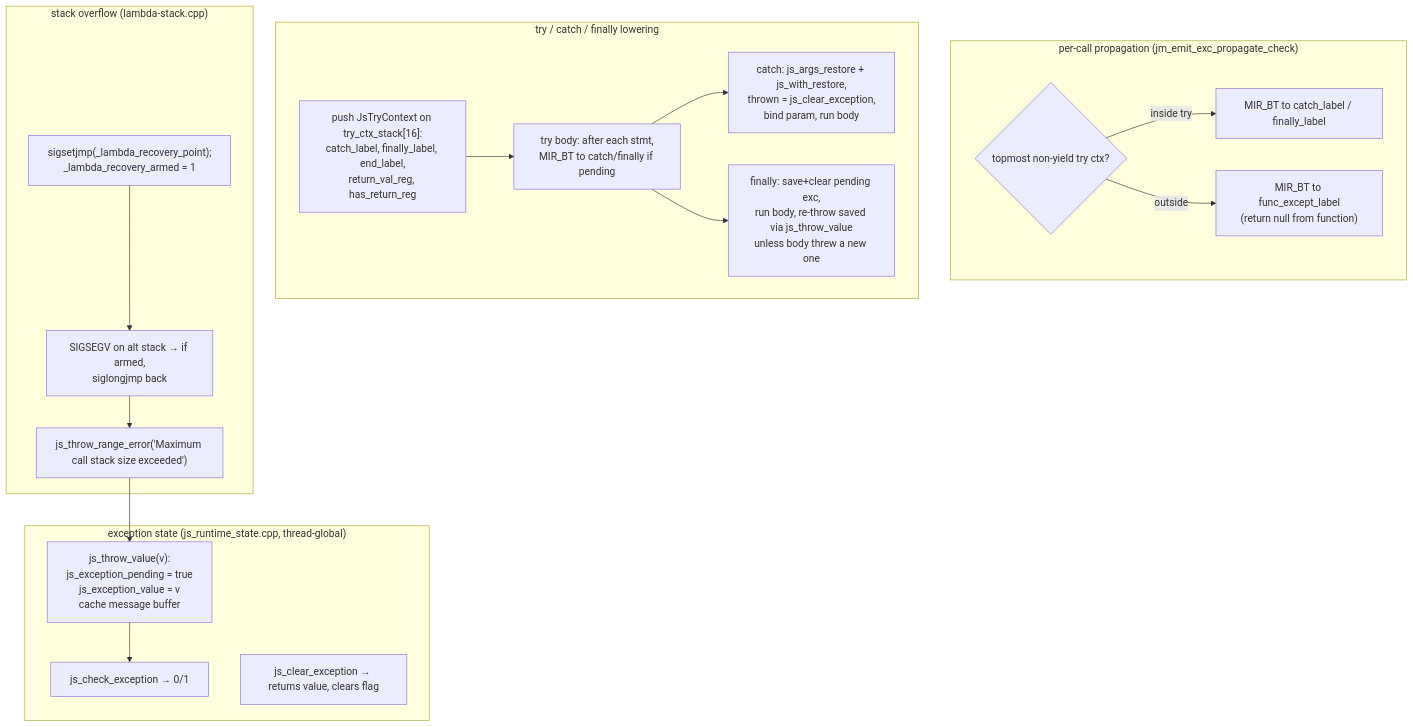
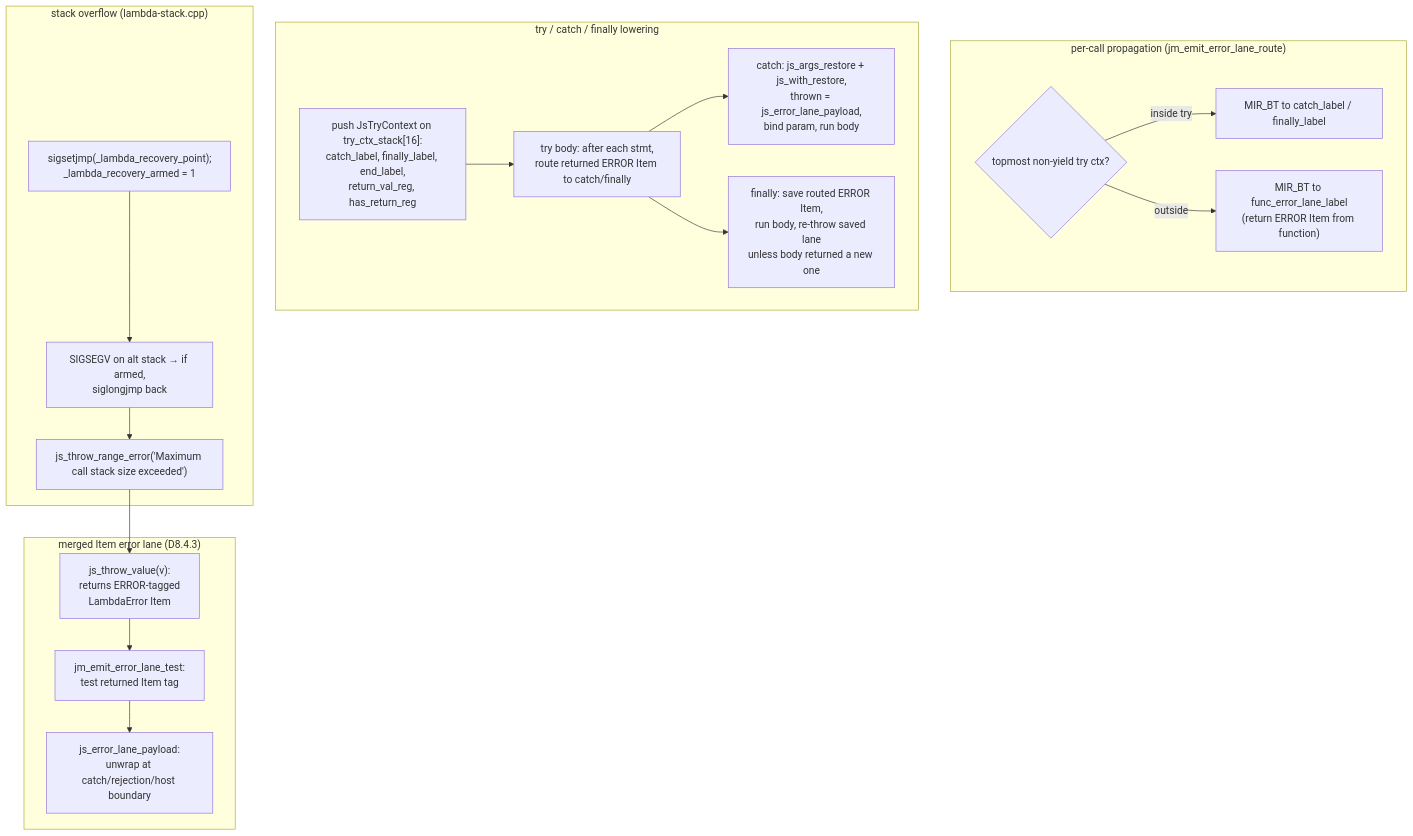
Before and after one commit to henry-luo/lambda: the diagram in doc/dev/js/diagram/d04_exceptions.mmd, drawn with Mermaid. The commit also changed 105 other files, not shown here.

Commit message:
JS exception align with lambda

```diff
--- a/doc/dev/js/diagram/d04_exceptions.mmd
+++ b/doc/dev/js/diagram/d04_exceptions.mmd
@@ -1,32 +1,32 @@
 flowchart TB
-  subgraph state["exception state (js_runtime_state.cpp, thread-global)"]
-    SV["js_throw_value(v):<br/>js_exception_pending = true<br/>js_exception_value = v<br/>cache message buffer"]
-    CK["js_check_exception → 0/1"]
-    CL["js_clear_exception → returns value, clears flag"]
+  subgraph lane["merged Item error lane (D8.4.3)"]
+    SV["js_throw_value(v):<br/>returns ERROR-tagged<br/>LambdaError Item"]
+    CK["jm_emit_error_lane_test:<br/>test returned Item tag"]
+    CL["js_error_lane_payload:<br/>unwrap at catch/rejection/host boundary"]
   end
 
-  subgraph emit["per-call propagation (jm_emit_exc_propagate_check)"]
+  subgraph emit["per-call propagation (jm_emit_error_lane_route)"]
     P{"topmost non-yield try ctx?"}
     PT["MIR_BT to catch_label / finally_label"]
-    PF["MIR_BT to func_except_label<br/>(return null from function)"]
+    PF["MIR_BT to func_error_lane_label<br/>(return ERROR Item from function)"]
   end
 
   subgraph trycf["try / catch / finally lowering"]
     PUSH["push JsTryContext on try_ctx_stack[16]:<br/>catch_label, finally_label, end_label,<br/>return_val_reg, has_return_reg"]
-    TRY["try body: after each stmt,<br/>MIR_BT to catch/finally if pending"]
-    CATCH["catch: js_args_restore + js_with_restore,<br/>thrown = js_clear_exception,<br/>bind param, run body"]
-    FIN["finally: save+clear pending exc,<br/>run body, re-throw saved via js_throw_value<br/>unless body threw a new one"]
+    TRY["try body: after each stmt,<br/>route returned ERROR Item to catch/finally"]
+    CATCH["catch: js_args_restore + js_with_restore,<br/>thrown = js_error_lane_payload,<br/>bind param, run body"]
+    FIN["finally: save routed ERROR Item,<br/>run body, re-throw saved lane<br/>unless body returned a new one"]
   end
 
   subgraph so["stack overflow (lambda-stack.cpp)"]
     ARM["sigsetjmp(_lambda_recovery_point);<br/>_lambda_recovery_armed = 1"]
     SIG["SIGSEGV on alt stack → if armed,<br/>siglongjmp back"]
     RNG["js_throw_range_error('Maximum call stack size exceeded')"]
   end
 
-  SV --> CK
+  SV --> CK --> CL
   P -->|inside try| PT
   P -->|outside| PF
   PUSH --> TRY --> CATCH
   TRY --> FIN
   ARM --> SIG --> RNG --> SV
```
